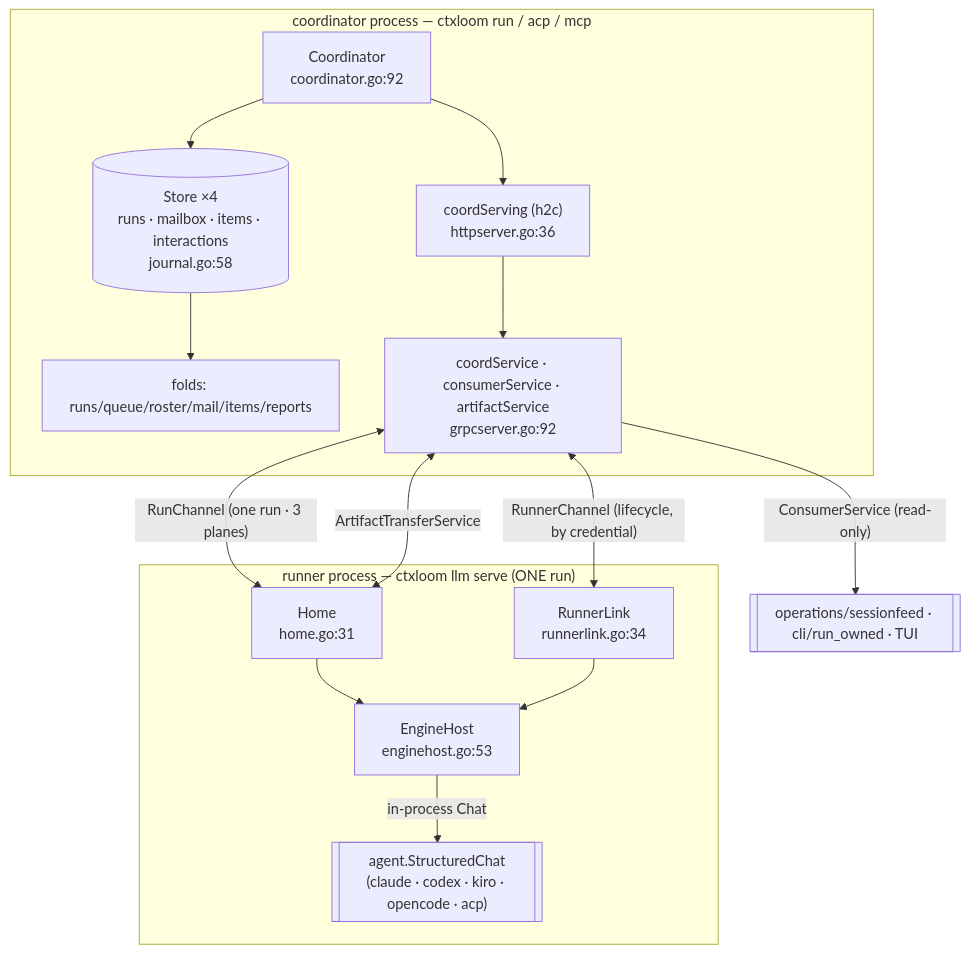
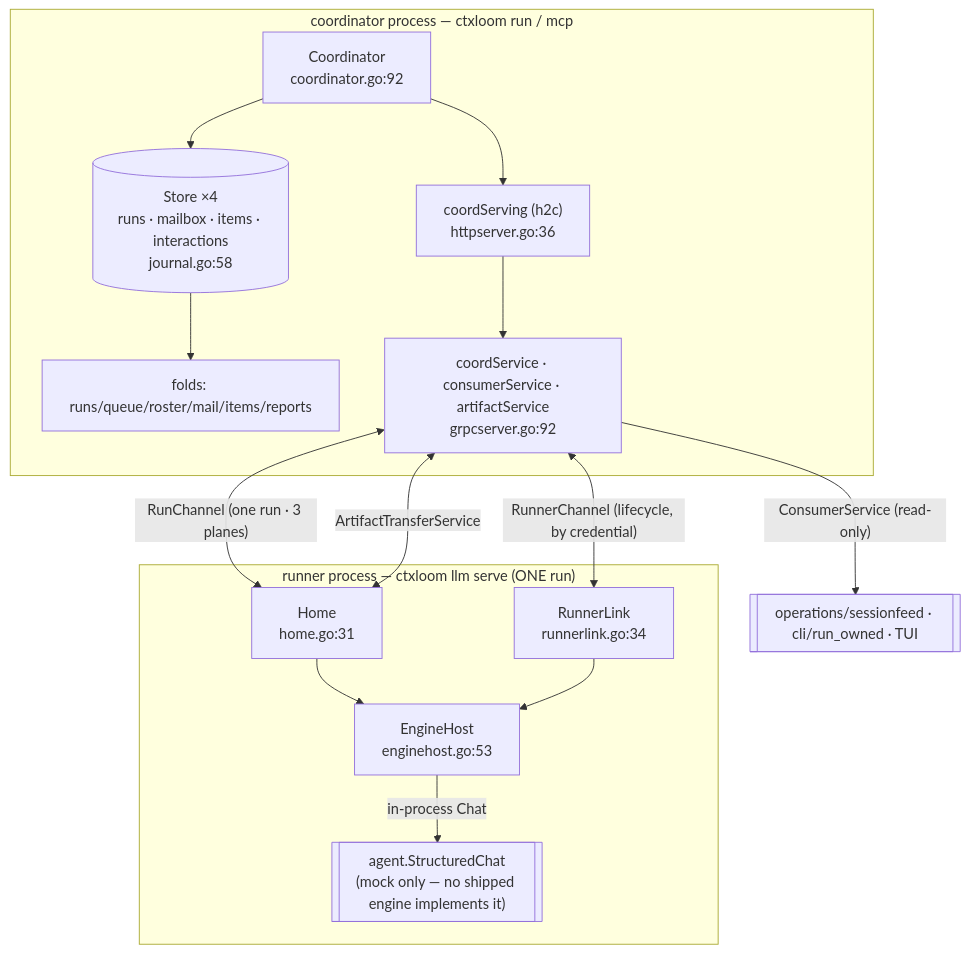
The first of 2 diagrams in docs/architecture/agentcoord/overview.md (ctxloom/ctxloom), drawn with Mermaid before and after one commit. The commit also changed other lines of this file and 86 other files, not shown here.

First line of the commit message:
docs: drop the ACP and kiro documentation; fix operations tests

````diff
--- a/docs/architecture/agentcoord/overview.md
+++ b/docs/architecture/agentcoord/overview.md
@@ -19,27 +19,27 @@
 ```mermaid
 flowchart TD
-  subgraph CoordProc["coordinator process — ctxloom run / acp / mcp"]
+  subgraph CoordProc["coordinator process — ctxloom run / mcp"]
     C["Coordinator<br/>coordinator.go:92"]
     ST[("Store ×4<br/>runs · mailbox · items · interactions<br/>journal.go:58")]
     FOLDS["folds: runs/queue/roster/mail/items/reports"]
     SRV["coordServing (h2c)<br/>httpserver.go:36"]
     GS["coordService · consumerService · artifactService<br/>grpcserver.go:92"]
     C --> ST --> FOLDS
     C --> SRV --> GS
   end
 
   subgraph RunnerProc["runner process — ctxloom llm serve (ONE run)"]
     H["Home<br/>home.go:31"]
     RL["RunnerLink<br/>runnerlink.go:34"]
     EH["EngineHost<br/>enginehost.go:53"]
-    BE[["agent.StructuredChat<br/>(claude · codex · kiro · opencode · acp)"]]
+    BE[["agent.StructuredChat<br/>(mock only — no shipped engine implements it)"]]
     EH -->|in-process Chat| BE
     H --> EH
     RL --> EH
   end
 
   GS <-->|"RunnerChannel (lifecycle, by credential)"| RL
   GS <-->|"RunChannel (one run · 3 planes)"| H
   GS <-->|"ArtifactTransferService"| H
   GS -->|"ConsumerService (read-only)"| VIEW[["operations/sessionfeed · cli/run_owned · TUI"]]
 ```
````
